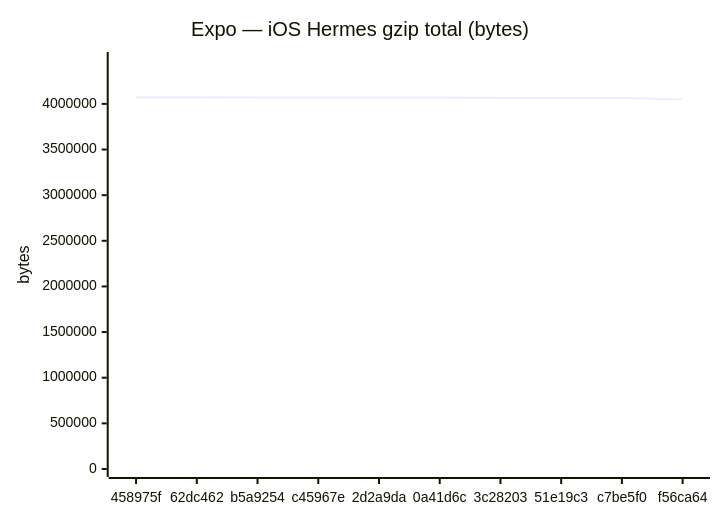
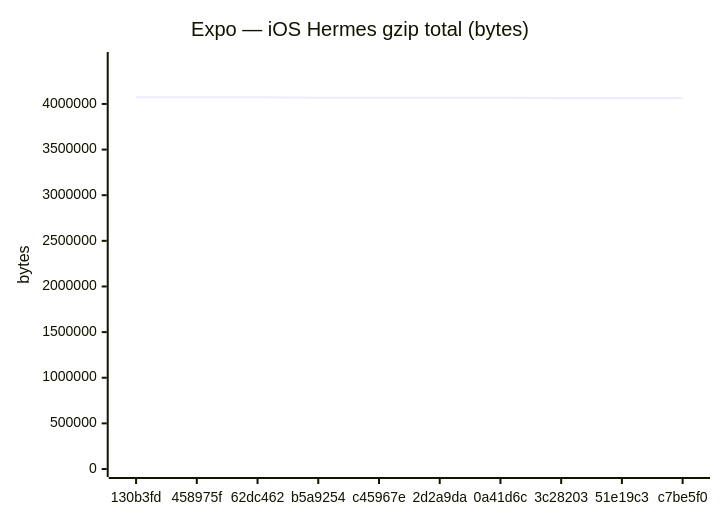
Before and after one commit to Metaheurist/Rianell: the sixth of 18 diagrams in benchmarks/compare.md, drawn with Mermaid. The commit also changed other lines of this file and 11 other files, not shown here.

````diff
--- a/benchmarks/compare.md
+++ b/benchmarks/compare.md
@@ -96,7 +96,7 @@
 ```mermaid
 xychart-beta
     title "Expo — iOS Hermes gzip total (bytes)"
-    x-axis ["458975f", "62dc462", "b5a9254", "c45967e", "2d2a9da", "0a41d6c", "3c28203", "51e19c3", "c7be5f0", "f56ca64"]
-    y-axis "bytes" 0 --> 4480788
-    line [4073443, 4073443, 4069109, 4069113, 4069106, 4069107, 4065403, 4065816, 4065817, 4047233]
+    x-axis ["130b3fd", "458975f", "62dc462", "b5a9254", "c45967e", "2d2a9da", "0a41d6c", "3c28203", "51e19c3", "c7be5f0"]
+    y-axis "bytes" 0 --> 4481590
+    line [4074172, 4073443, 4073443, 4069109, 4069113, 4069106, 4069107, 4065403, 4065816, 4065817]
 ```
````
